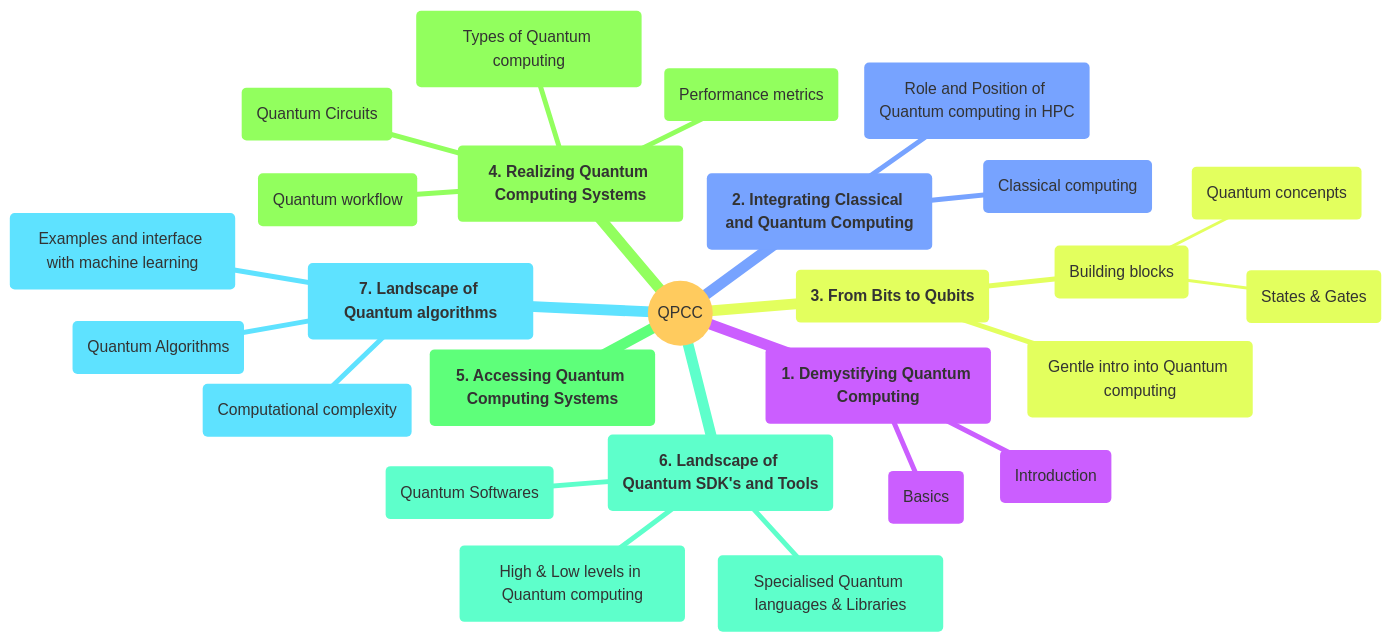
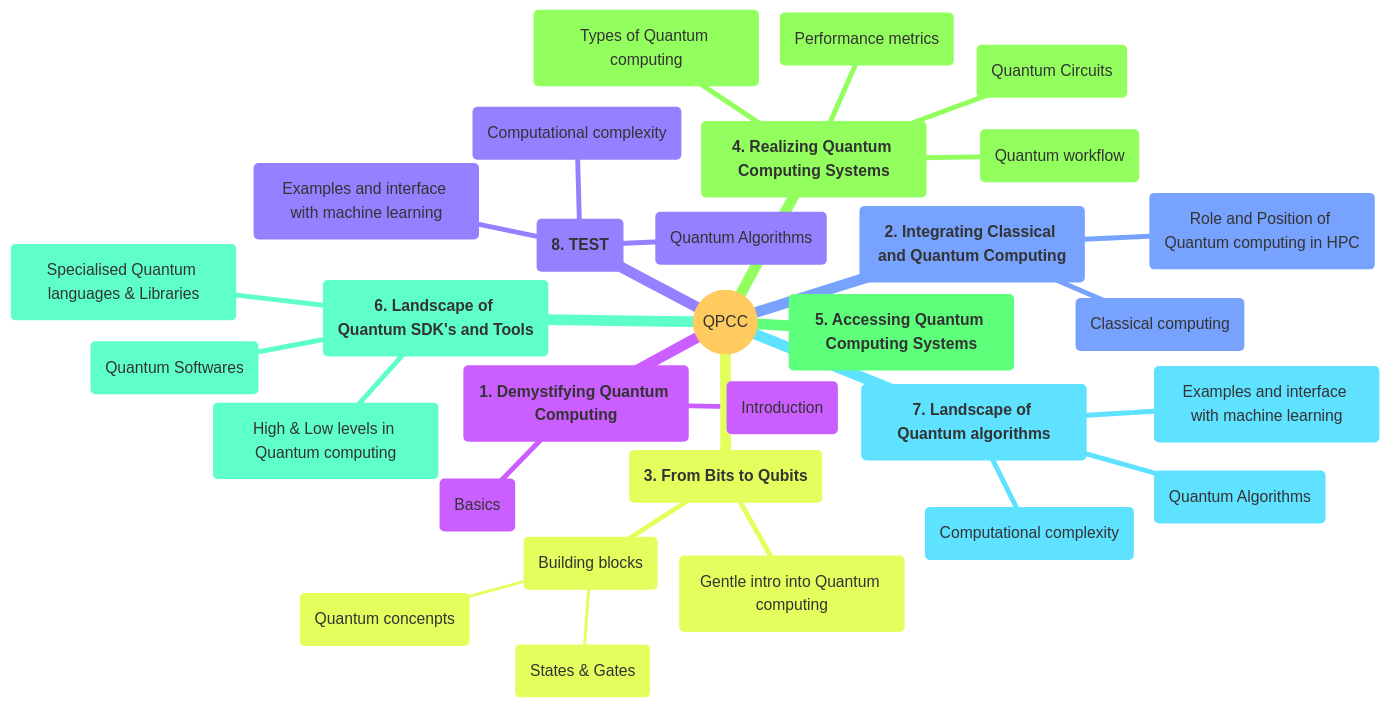
Before and after one commit to ICHEC/qpcc: the diagram in index.md, drawn with Mermaid. The commit also changed other lines of this file and 5 other files, not shown here.

````diff
--- a/index.md
+++ b/index.md
@@ -10,37 +10,42 @@
 ```{mermaid}
 %%{init: {'theme':'base', 'fontSize': '11', 'securityLevel': "loose"}}%%
 mindmap
   root((QPCC))
     lec1("**1. Demystifying Quantum Computing**")
     ::icon(fa fa-book)
         (Introduction)
         (Basics)
     lec2(**2. Integrating Classical and Quantum Computing**)
     ::icon(fa fa-book)
         (Classical computing)
         (Role and Position of Quantum computing in HPC)
     lec3(**3. From Bits to Qubits**)
     ::icon(fa fa-book)
         (Gentle intro into Quantum computing)
         (Building blocks)
             (States & Gates)
             (Quantum concenpts)
     lec4(**4. Realizing Quantum Computing Systems**)
     ::icon(fa fa-book)
         (Quantum Circuits)
         (Quantum workflow)
         (Types of Quantum computing)
         (Performance metrics)
     lec5(**5. Accessing Quantum Computing Systems**)
     ::icon(fa fa-book)
     lec6(**6. Landscape of Quantum SDK's and Tools**)
     ::icon(fa fa-book)
         (High & Low levels in Quantum computing)
         (Quantum Softwares)
         (Specialised Quantum languages & Libraries)
     lec7(**7. Landscape of Quantum algorithms**)
     ::icon(fa fa-book)
         (Computational complexity)
         (Quantum Algorithms)
         (Examples and interface with machine learning)
+    lec8(**8. TEST**)
+    ::icon(fa fa-book)
+        (Computational complexity)
+        (Quantum Algorithms)
+        (Examples and interface with machine learning)
 ```
````
